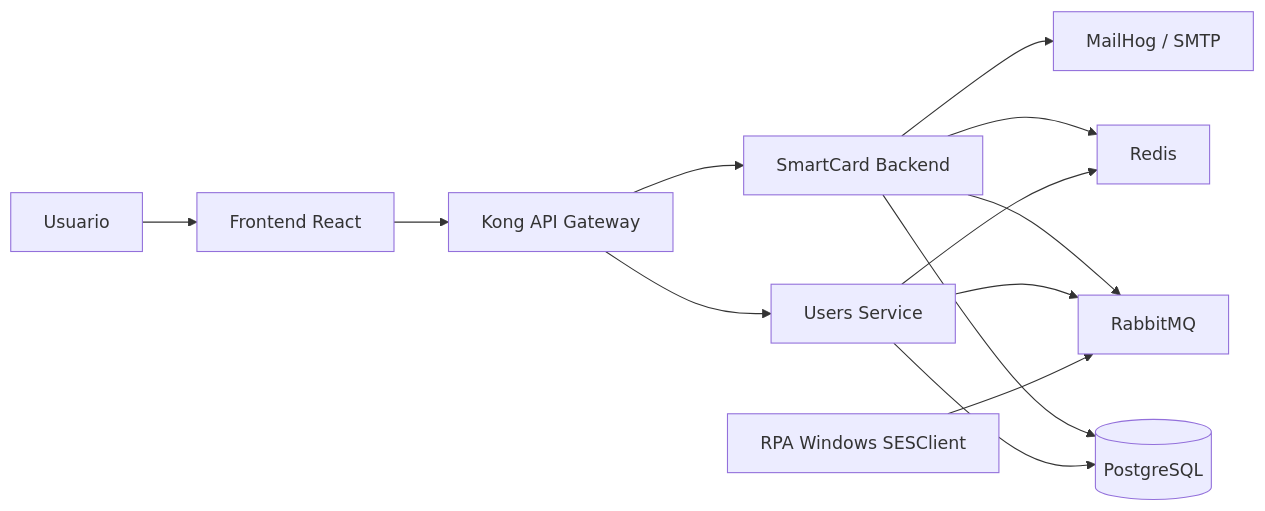
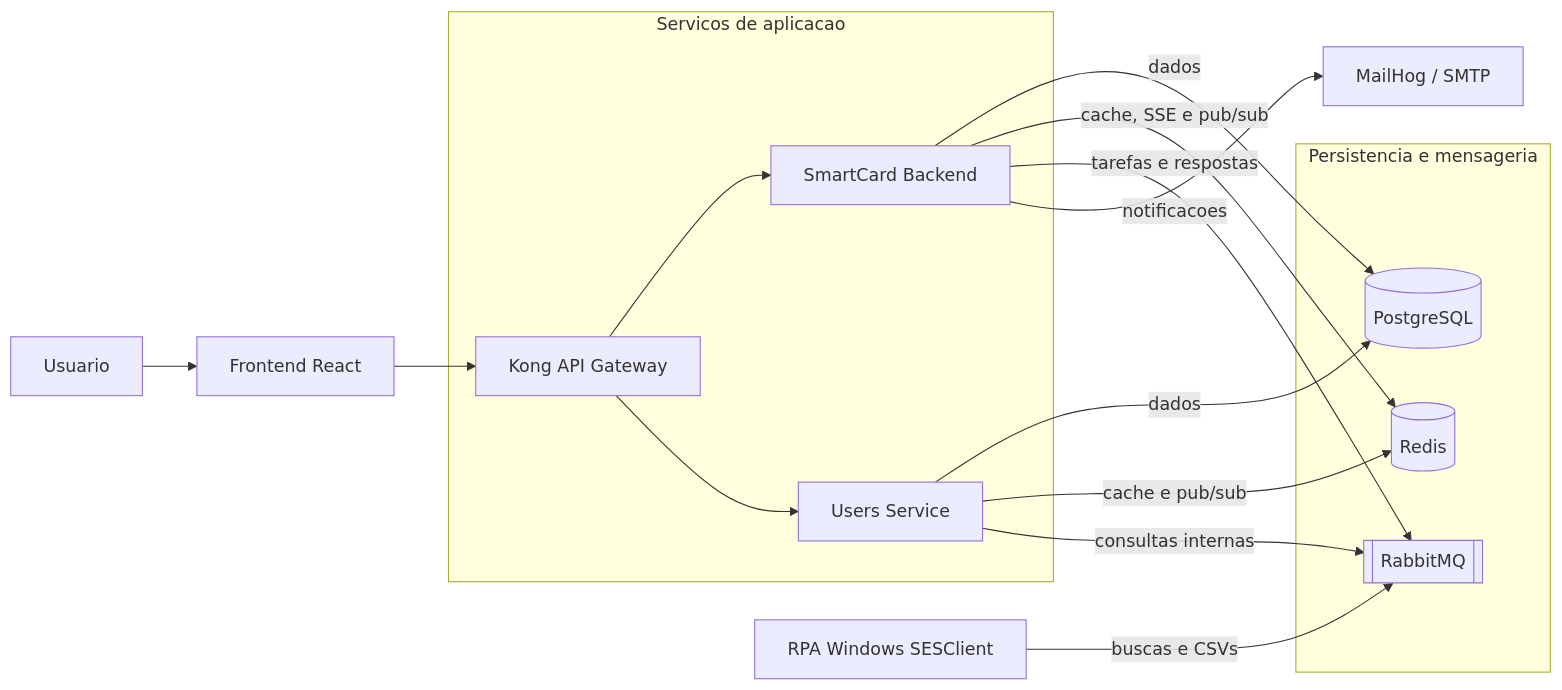
One commit to AnaScassa/Projeto-LabAcess changed the diagram in README.md. Above: the diagram before and after it, drawn with Mermaid.

Commit message:
atualizações

````diff
--- a/README.md
+++ b/README.md
@@ -7,16 +7,25 @@
 ```mermaid
 flowchart LR
 	U[Usuario] --> F[Frontend React]
 	F --> K[Kong API Gateway]
-	K --> S[SmartCard Backend]
-	K --> US[Users Service]
-	S --> DB[(PostgreSQL)]
-	US --> DB
-	S --> R[Redis]
-	US --> R
-	S --> Q[RabbitMQ]
-	US --> Q
-	
-	RPA[RPA Windows SESClient] --> Q
-	S --> M[MailHog / SMTP]
+
+	subgraph Servicos[Servicos de aplicacao]
+		K --> S[SmartCard Backend]
+		K --> US[Users Service]
+	end
+
+	subgraph Persistencia[Persistencia e mensageria]
+		DB[(PostgreSQL)]
+		R[(Redis)]
+		Q[[RabbitMQ]]
+	end
+
+	S -->|dados| DB
+	US -->|dados| DB
+	S -->|cache, SSE e pub/sub| R
+	US -->|cache e pub/sub| R
+	S -->|tarefas e respostas| Q
+	US -->|consultas internas| Q
+	RPA[RPA Windows SESClient] -->|buscas e CSVs| Q
+	S -->|notificacoes| M[MailHog / SMTP]
 ```
````
